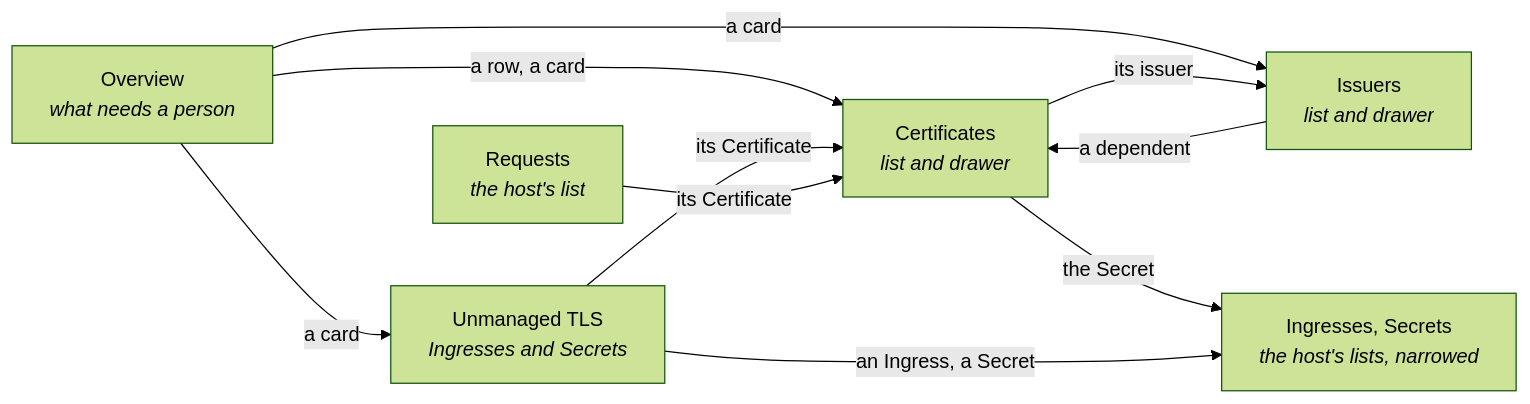
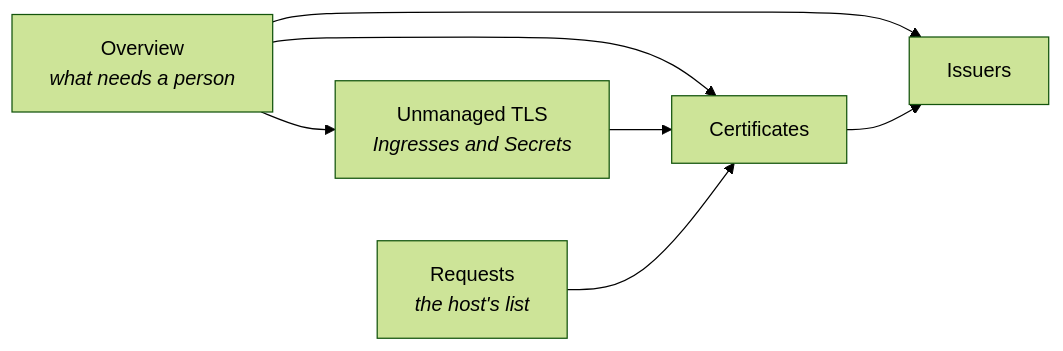
One commit to DiegoBulhoes/freelens-addons changed the first of 3 diagrams in docs/cert-manager.md. Above: the diagram before and after it, drawn with Mermaid (forest theme). The commit also changed other lines of this file and 9 other files, not shown here.

````diff
--- a/docs/cert-manager.md
+++ b/docs/cert-manager.md
@@ -21,18 +21,9 @@
 ```mermaid
 flowchart LR
-  O["Overview<br/><i>what needs a person</i>"]
-  C["Certificates<br/><i>list and drawer</i>"]
-  I["Issuers<br/><i>list and drawer</i>"]
-  R["Requests<br/><i>the host's list</i>"]
-  U["Unmanaged TLS<br/><i>Ingresses and Secrets</i>"]
-
-  O -->|a row, a card| C
-  O -->|a card| I
-  O -->|a card| U
-  C -->|its issuer| I
-  I -->|a dependent| C
-  U -->|its Certificate| C
-  R -->|its Certificate| C
-  C -->|the Secret| H["Ingresses, Secrets<br/><i>the host's lists, narrowed</i>"]
-  U -->|an Ingress, a Secret| H
+  O["Overview<br/><i>what needs a person</i>"] --> C["Certificates"]
+  O --> I["Issuers"]
+  O --> U["Unmanaged TLS<br/><i>Ingresses and Secrets</i>"]
+  C --> I
+  U --> C
+  R["Requests<br/><i>the host's list</i>"] --> C
 ```
````
